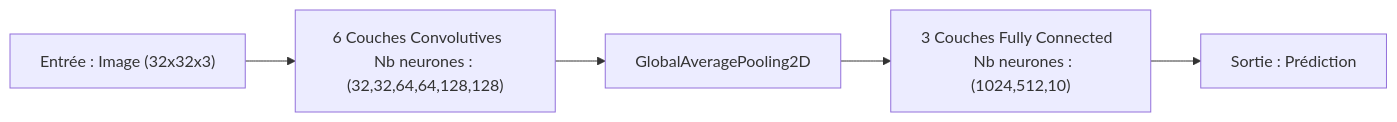
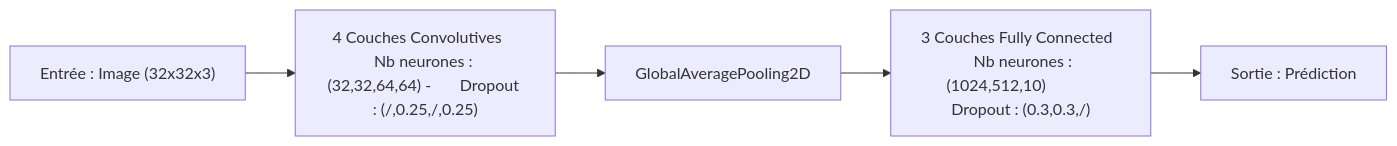
Before and after one commit to PaulGuillemin/embedded-AI-CIFAR-10: the fifth of 7 diagrams in README.md, drawn with Mermaid. The commit also changed other lines of this file, not shown here.

````diff
--- a/README.md
+++ b/README.md
@@ -174,7 +206,7 @@
 ```mermaid
 flowchart LR
-    A["Entrée : Image (32x32x3)"] --> B["6 Couches Convolutives    Nb neurones : (32,32,64,64,128,128)"]
+    A["Entrée : Image (32x32x3)"] --> B["4 Couches Convolutives    Nb neurones : (32,32,64,64) -       Dropout : (/,0.25,/,0.25)"]
     B --> C["GlobalAveragePooling2D"]
-    C --> D["3 Couches Fully Connected    Nb neurones : (1024,512,10)"]
+    C --> D["3 Couches Fully Connected    Nb neurones : (1024,512,10)            Dropout : (0.3,0.3,/)"]
     D --> E["Sortie : Prédiction"]
 ```
````
